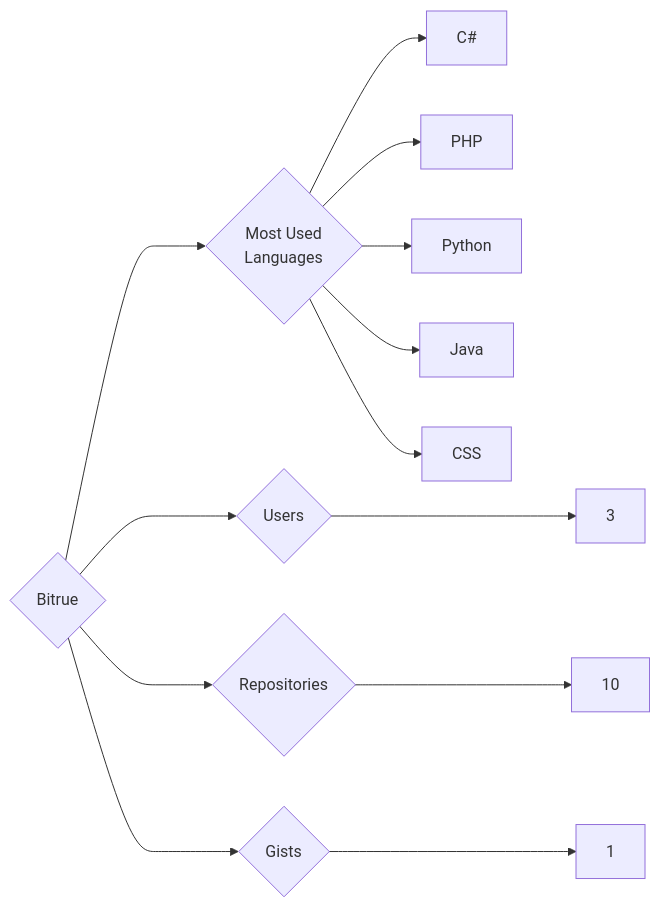
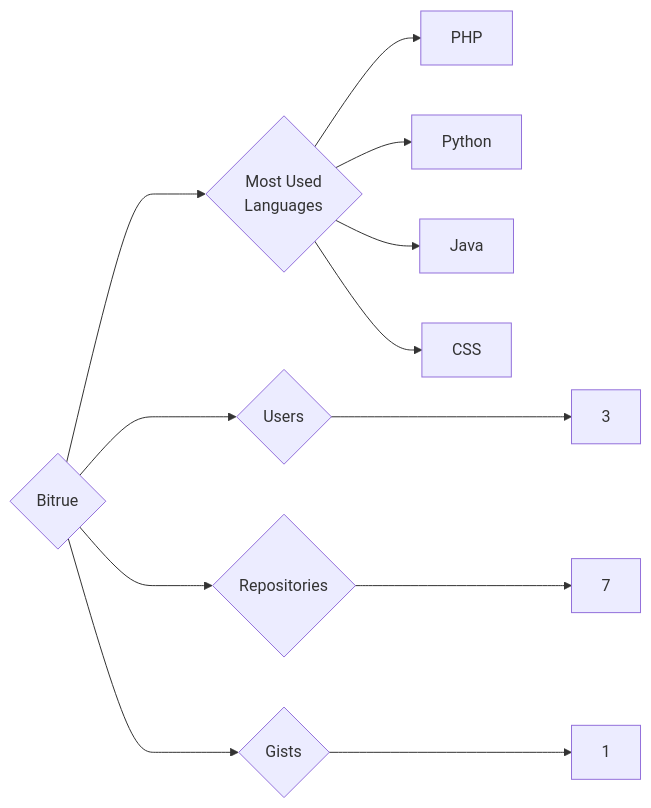
The diagram in targets/Bitrue/README.md (trickest/insiders), drawn with Mermaid before and after one commit. The commit also changed 1141 other files, not shown here.

````diff
--- a/targets/Bitrue/README.md
+++ b/targets/Bitrue/README.md
@@ -3,13 +3,12 @@
 ```mermaid
 graph LR
 COMPANY_NAME{Bitrue}
 COMPANY_NAME ---> U{Users} ---> UN[3]
-COMPANY_NAME ---> R{Repositories} ---> RN[10]
+COMPANY_NAME ---> R{Repositories} ---> RN[7]
 COMPANY_NAME ---> G{Gists} ---> GN[1]
 COMPANY_NAME ---> ML{Most Used<br>Languages}
-ML --> C#[C#]
 ML --> PHP[PHP]
 ML --> Python[Python]
 ML --> Java[Java]
 ML --> CSS[CSS]
 ```
````
